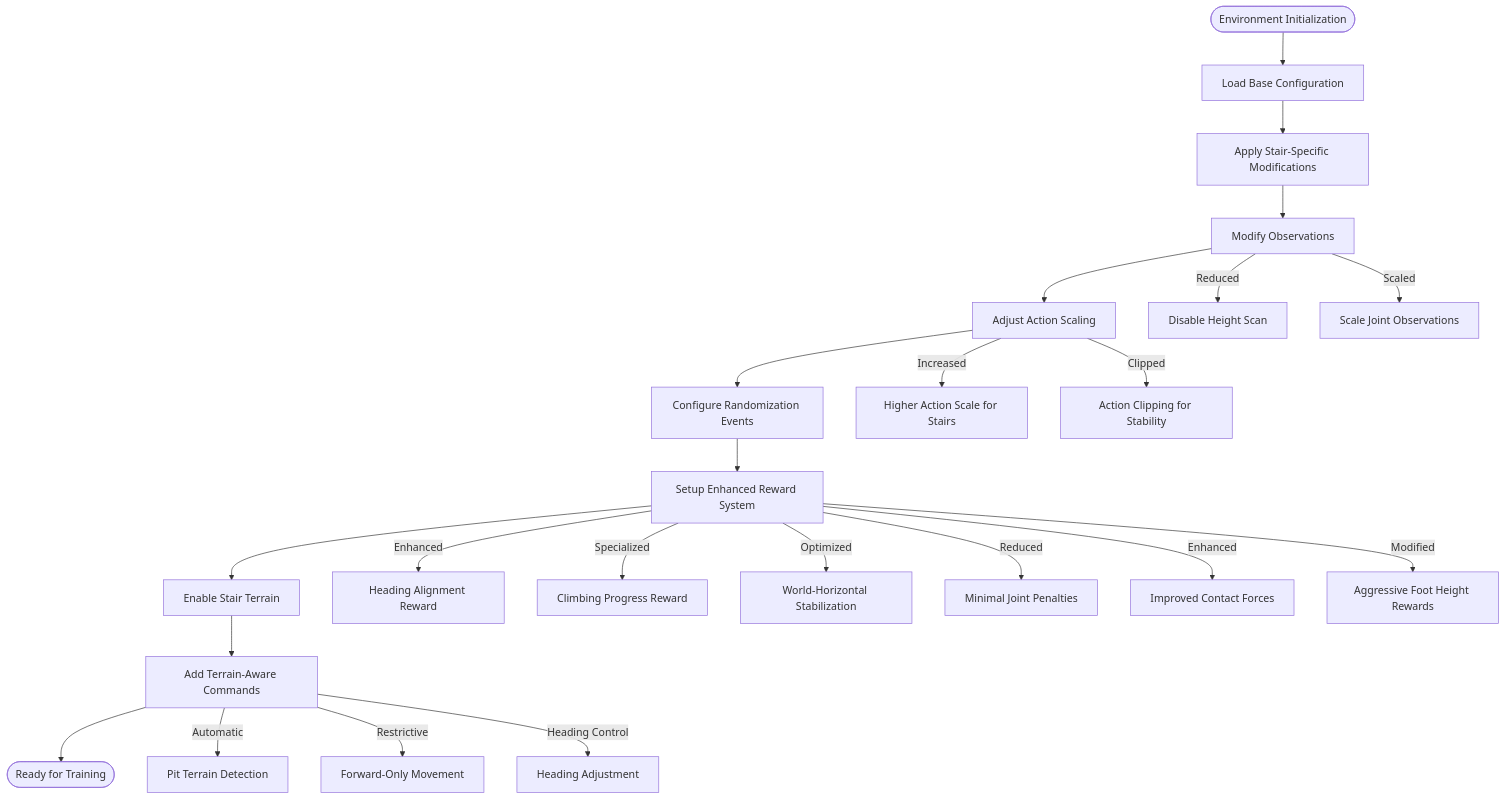
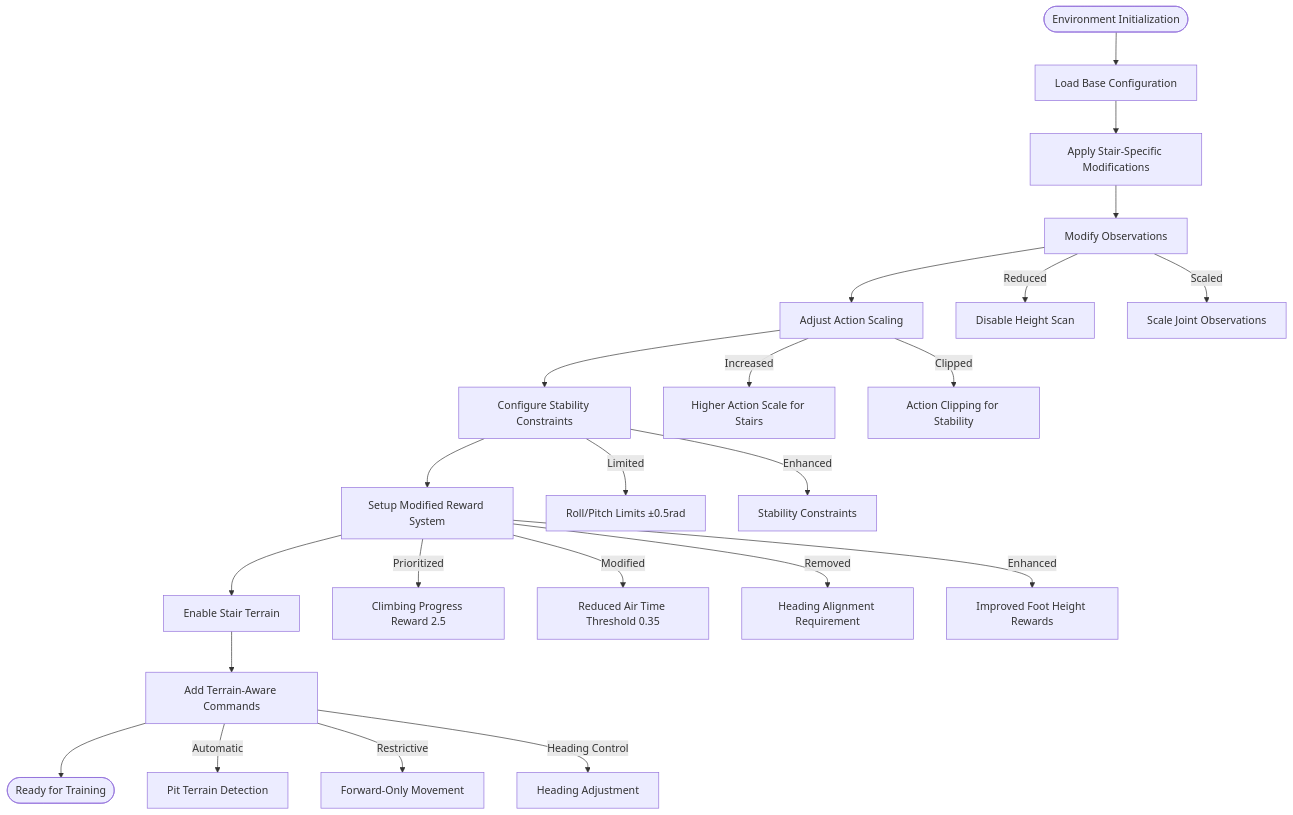
The fourth of 9 diagrams in .qoder/repowiki/en/content/ZSIBOT ZSL1 Stair Climbing Configuration.md (jayjayhust/robot_lab), drawn with Mermaid before and after one commit. The commit also changed other lines of this file and 6 other files, not shown here.

````diff
--- a/.qoder/repowiki/en/content/ZSIBOT ZSL1 Stair Climbing Configuration.md
+++ b/.qoder/repowiki/en/content/ZSIBOT ZSL1 Stair Climbing Configuration.md
@@ -246,25 +263,25 @@
 ```mermaid
 flowchart TD
 START([Environment Initialization]) --> LOAD_BASE["Load Base Configuration"]
 LOAD_BASE --> APPLY_STAIR["Apply Stair-Specific Modifications"]
 APPLY_STAIR --> MODIFY_OBS["Modify Observations"]
 MODIFY_OBS --> ADJUST_ACTIONS["Adjust Action Scaling"]
-ADJUST_ACTIONS --> CONFIG_EVENTS["Configure Randomization Events"]
-CONFIG_EVENTS --> SETUP_REWARDS["Setup Enhanced Reward System"]
+ADJUST_ACTIONS --> CONFIG_EVENTS["Configure Stability Constraints"]
+CONFIG_EVENTS --> SETUP_REWARDS["Setup Modified Reward System"]
 SETUP_REWARDS --> ENABLE_TERRAIN["Enable Stair Terrain"]
 ENABLE_TERRAIN --> ADD_COMMANDS["Add Terrain-Aware Commands"]
 ADD_COMMANDS --> END([Ready for Training])
 MODIFY_OBS --> |Reduced| HEIGHT_SCAN["Disable Height Scan"]
 MODIFY_OBS --> |Scaled| JOINT_OBS["Scale Joint Observations"]
 ADJUST_ACTIONS --> |Increased| STAIR_ACTIONS["Higher Action Scale for Stairs"]
 ADJUST_ACTIONS --> |Clipped| JOINT_CLIP["Action Clipping for Stability"]
-SETUP_REWARDS --> |Enhanced| HEADING_ALIGN["Heading Alignment Reward"]
-SETUP_REWARDS --> |Specialized| CLIMB_PROGRESS["Climbing Progress Reward"]
-SETUP_REWARDS --> |Optimized| WORLD_STAB["World-Horizontal Stabilization"]
-SETUP_REWARDS --> |Reduced| JOINT_PENALTIES["Minimal Joint Penalties"]
-SETUP_REWARDS --> |Enhanced| CONTACT_REWARDS["Improved Contact Forces"]
-SETUP_REWARDS --> |Modified| FEET_HEIGHT["Aggressive Foot Height Rewards"]
+CONFIG_EVENTS --> |Limited| ROLL_PITCH["Roll/Pitch Limits ±0.5rad"]
+CONFIG_EVENTS --> |Enhanced| RESET_STABILITY["Stability Constraints"]
+SETUP_REWARDS --> |Prioritized| CLIMB_PROGRESS["Climbing Progress Reward 2.5"]
+SETUP_REWARDS --> |Modified| AIR_TIME["Reduced Air Time Threshold 0.35"]
+SETUP_REWARDS --> |Removed| HEADING_ALIGN["Heading Alignment Requirement"]
+SETUP_REWARDS --> |Enhanced| FOOT_HEIGHT["Improved Foot Height Rewards"]
 ADD_COMMANDS --> |Automatic| PIT_DETECTION["Pit Terrain Detection"]
 ADD_COMMANDS --> |Restrictive| FORWARD_ONLY["Forward-Only Movement"]
 ADD_COMMANDS --> |Heading Control| HEADING_ADJUST["Heading Adjustment"]
 ```
````
